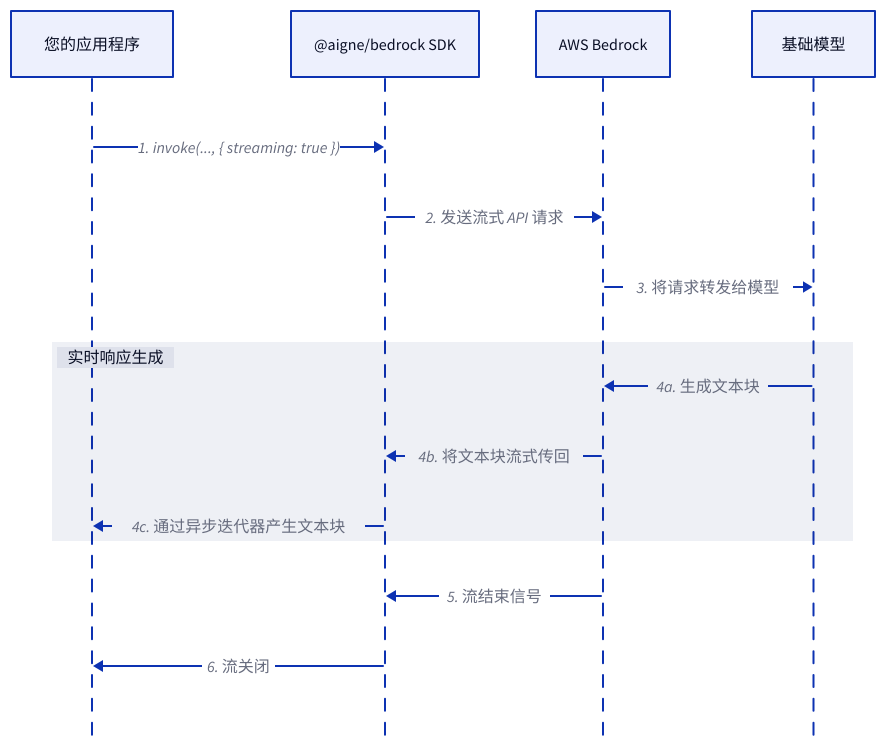
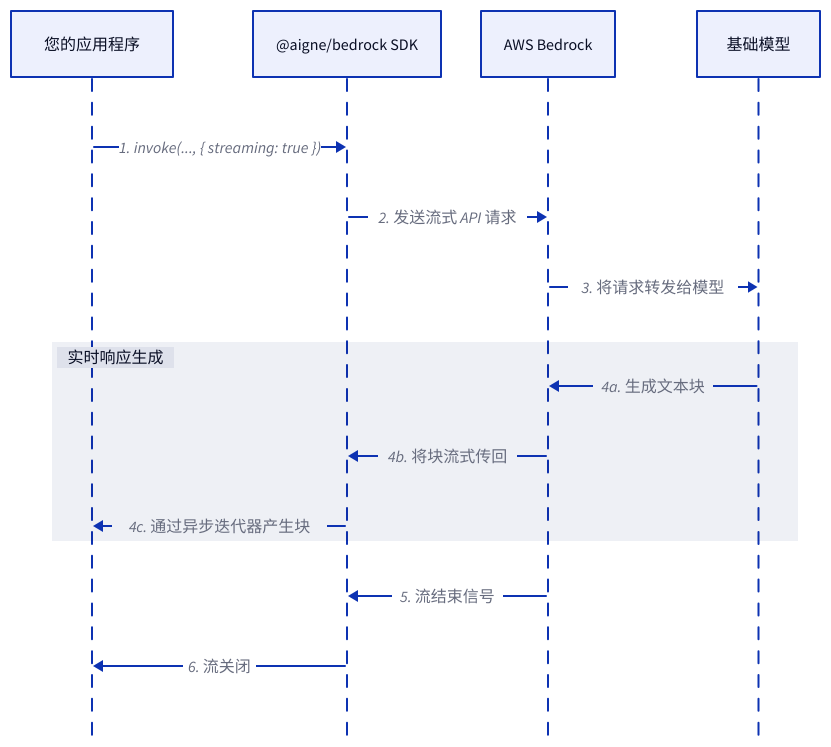
One commit to AIGNE-io/aigne-framework changed the diagram in .aigne/doc-smith/docs/models-bedrock.zh.md. Above: the diagram before and after it, drawn with D2. The commit also changed other lines of this file and 141 other files, not shown here.

````diff
--- a/.aigne/doc-smith/docs/models-bedrock.zh.md
+++ b/.aigne/doc-smith/docs/models-bedrock.zh.md
@@ -166,29 +166,29 @@
 ```d2
 shape: sequence_diagram
 
 Application: {
   label: "您的应用程序"
 }
 Aigne-Bedrock-SDK: {
   label: "@aigne/bedrock SDK"
 }
 AWS-Bedrock: {
   label: "AWS Bedrock"
 }
 Foundation-Model: {
   label: "基础模型"
 }
 
 Application -> Aigne-Bedrock-SDK: "1. invoke(..., { streaming: true })"
 Aigne-Bedrock-SDK -> AWS-Bedrock: "2. 发送流式 API 请求"
 AWS-Bedrock -> Foundation-Model: "3. 将请求转发给模型"
 
 loop: "实时响应生成" {
   Foundation-Model -> AWS-Bedrock: "4a. 生成文本块"
-  AWS-Bedrock -> Aigne-Bedrock-SDK: "4b. 将文本块流式传回"
-  Aigne-Bedrock-SDK -> Application: "4c. 通过异步迭代器产生文本块"
+  AWS-Bedrock -> Aigne-Bedrock-SDK: "4b. 将块流式传回"
+  Aigne-Bedrock-SDK -> Application: "4c. 通过异步迭代器产生块"
 }
 
 AWS-Bedrock -> Aigne-Bedrock-SDK: "5. 流结束信号"
 Aigne-Bedrock-SDK -> Application: "6. 流关闭"
 ```
````
